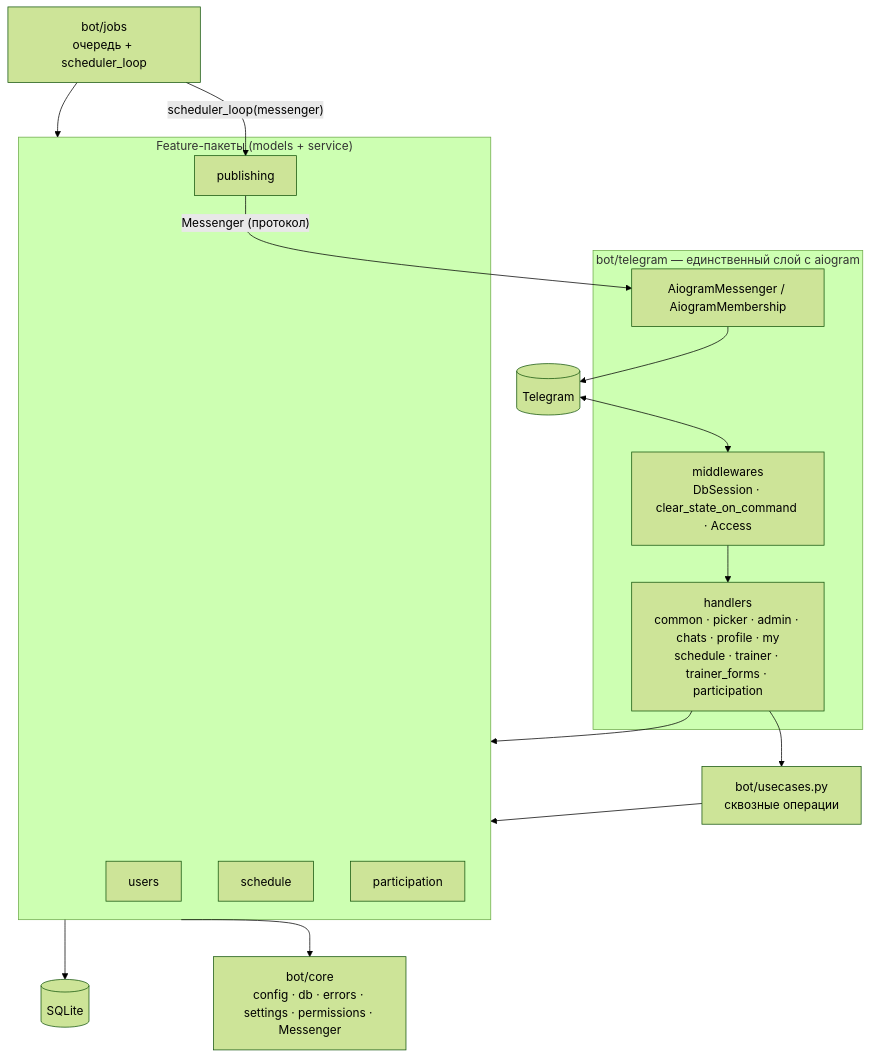
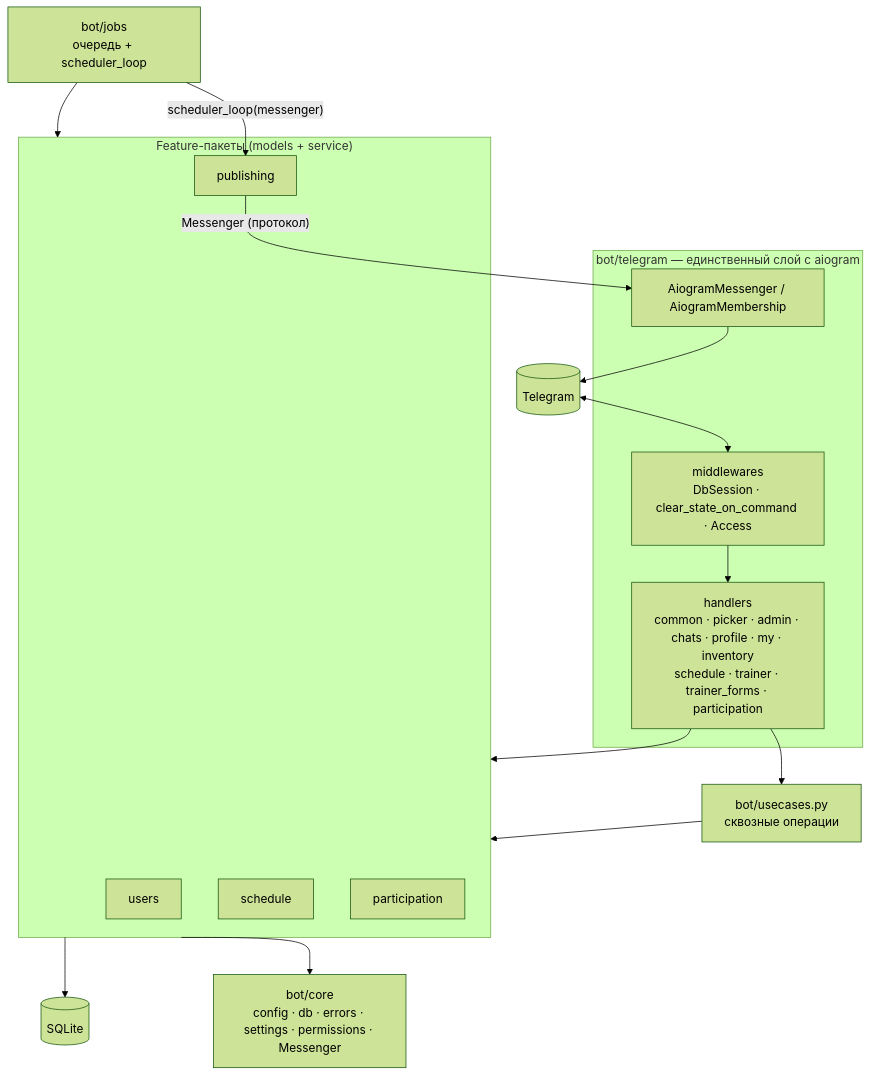
One commit to ikonovalov/coachs-shadow changed the first of 3 diagrams in ARCHITECTURE.md. Above: the diagram before and after it, drawn with Mermaid (forest theme). The commit also changed other lines of this file and 5 other files, not shown here.

Commit message:
feat(telegram): inventory ordering flow, deep link, trainer summary

````diff
--- a/ARCHITECTURE.md
+++ b/ARCHITECTURE.md
@@ -27,28 +27,28 @@
 ```mermaid
 flowchart TB
     TG[(Telegram)]
     subgraph TL["bot/telegram — единственный слой с aiogram"]
         MW["middlewares<br/>DbSession · clear_state_on_command · Access"]
-        H["handlers<br/>common · picker · admin · chats · profile · my<br/>schedule · trainer · trainer_forms · participation"]
+        H["handlers<br/>common · picker · admin · chats · profile · my · inventory<br/>schedule · trainer · trainer_forms · participation"]
         AM["AiogramMessenger / AiogramMembership"]
     end
     UC["bot/usecases.py<br/>сквозные операции"]
     subgraph FEAT["Feature-пакеты (models + service)"]
         U[users]
         S[schedule]
         P[participation]
         PB[publishing]
     end
     J["bot/jobs<br/>очередь + scheduler_loop"]
     CORE["bot/core<br/>config · db · errors · settings · permissions · Messenger"]
     DB[(SQLite)]
 
     TG <--> MW --> H --> UC
     H --> FEAT
     UC --> FEAT
     J --> FEAT
     FEAT --> CORE
     FEAT --> DB
     PB -- "Messenger (протокол)" --> AM --> TG
     J -- "scheduler_loop(messenger)" --> PB
 ```
````
